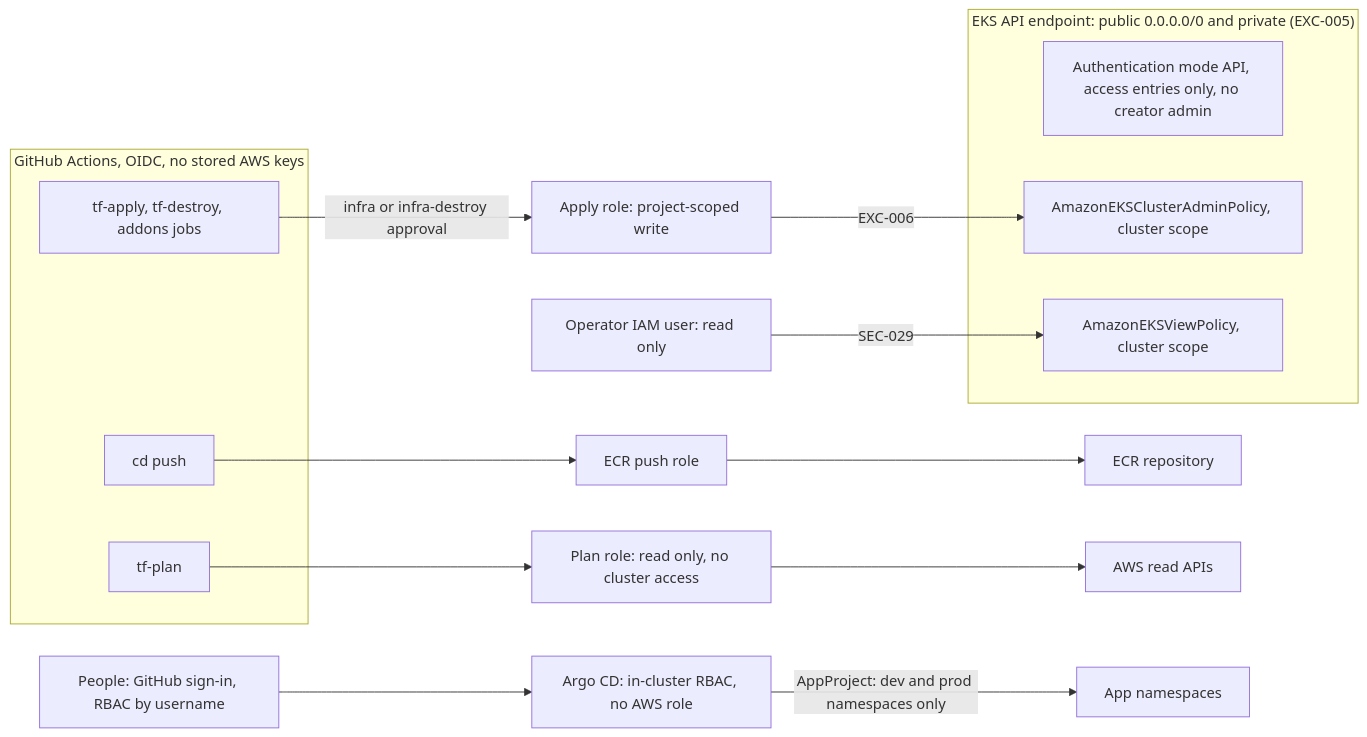
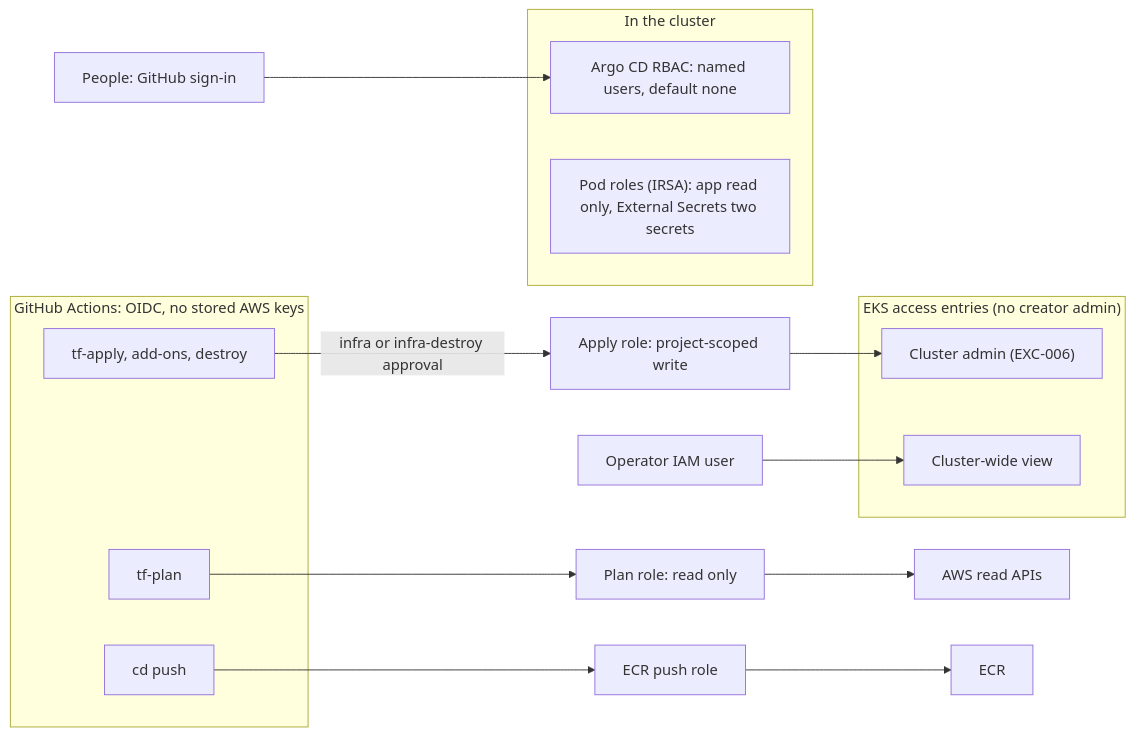
The third of 3 diagrams in docs/architecture.md (zeinhaidara/healthcare-eks-secops), drawn with Mermaid before and after one commit. The commit also changed other lines of this file and 9 other files, not shown here.

First line of the commit message:
docs: restore talk docs, tighten docs, update diagrams and headlines

````diff
--- a/docs/architecture.md
+++ b/docs/architecture.md
@@ -129,32 +108,31 @@
 ```mermaid
 flowchart LR
-    subgraph gha["GitHub Actions, OIDC, no stored AWS keys"]
+    subgraph gha["GitHub Actions: OIDC, no stored AWS keys"]
         jplan["tf-plan"]
-        japply["tf-apply, tf-destroy, addons jobs"]
+        japply["tf-apply, add-ons, destroy"]
         jpush["cd push"]
     end
 
-    planrole["Plan role: read only, no cluster access"]
+    planrole["Plan role: read only"]
     applyrole["Apply role: project-scoped write"]
     pushrole["ECR push role"]
-    operator["Operator IAM user: read only"]
-    argo["Argo CD: in-cluster RBAC, no AWS role"]
-    people["People: GitHub sign-in, RBAC by username"]
+    operator["Operator IAM user"]
+    people["People: GitHub sign-in"]
 
-    jplan --> planrole
+    jplan --> planrole --> awsread["AWS read APIs"]
     japply -- "infra or infra-destroy approval" --> applyrole
-    jpush --> pushrole
+    jpush --> pushrole --> ecr["ECR"]
 
-    subgraph eksapi["EKS API endpoint: public 0.0.0.0/0 and private (EXC-005)"]
-        authn["Authentication mode API, access entries only, no creator admin"]
-        admin["AmazonEKSClusterAdminPolicy, cluster scope"]
-        view["AmazonEKSViewPolicy, cluster scope"]
+    subgraph eksapi["EKS access entries (no creator admin)"]
+        admin["Cluster admin (EXC-006)"]
+        view["Cluster-wide view"]
     end
+    applyrole --> admin
+    operator --> view
 
-    applyrole -- "EXC-006" --> admin
-    operator -- "SEC-029" --> view
-    pushrole --> ecr["ECR repository"]
-    planrole --> awsread["AWS read APIs"]
+    subgraph cluster["In the cluster"]
+        argo["Argo CD RBAC: named users, default none"]
+        irsa["Pod roles (IRSA): app read only, External Secrets two secrets"]
+    end
     people --> argo
-    argo -- "AppProject: dev and prod namespaces only" --> apps["App namespaces"]
 ```
````
